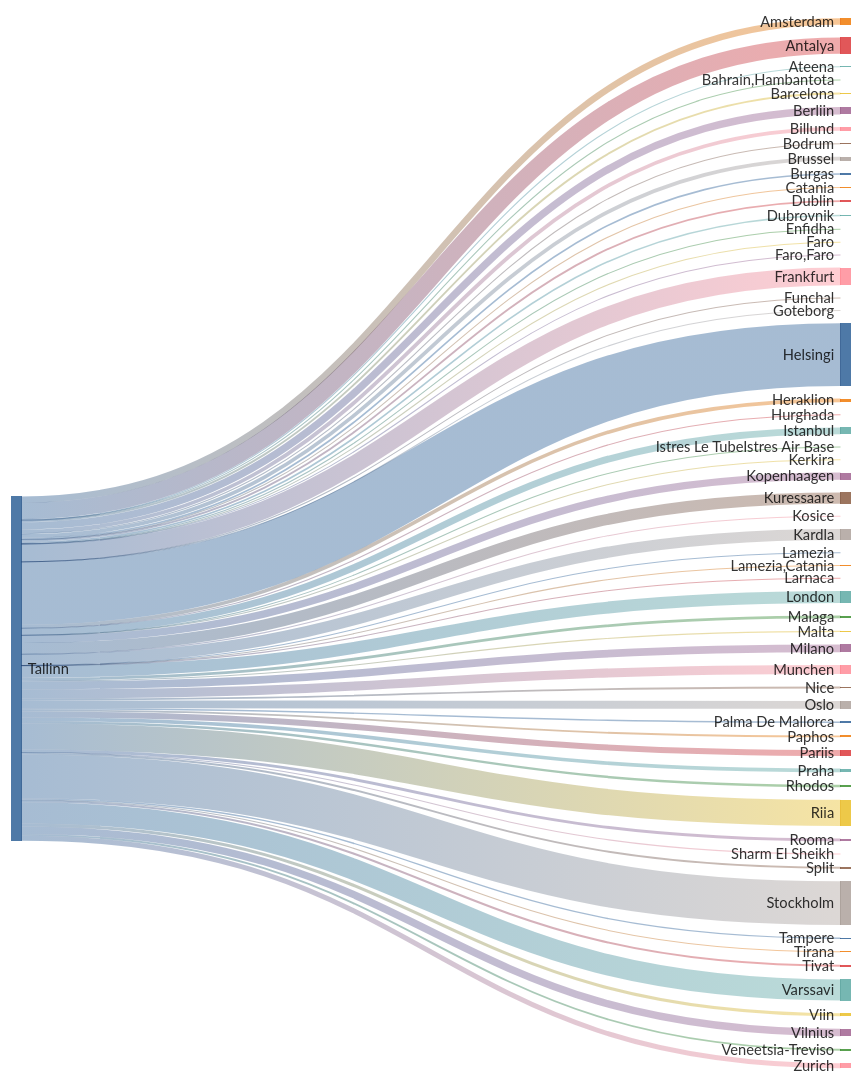
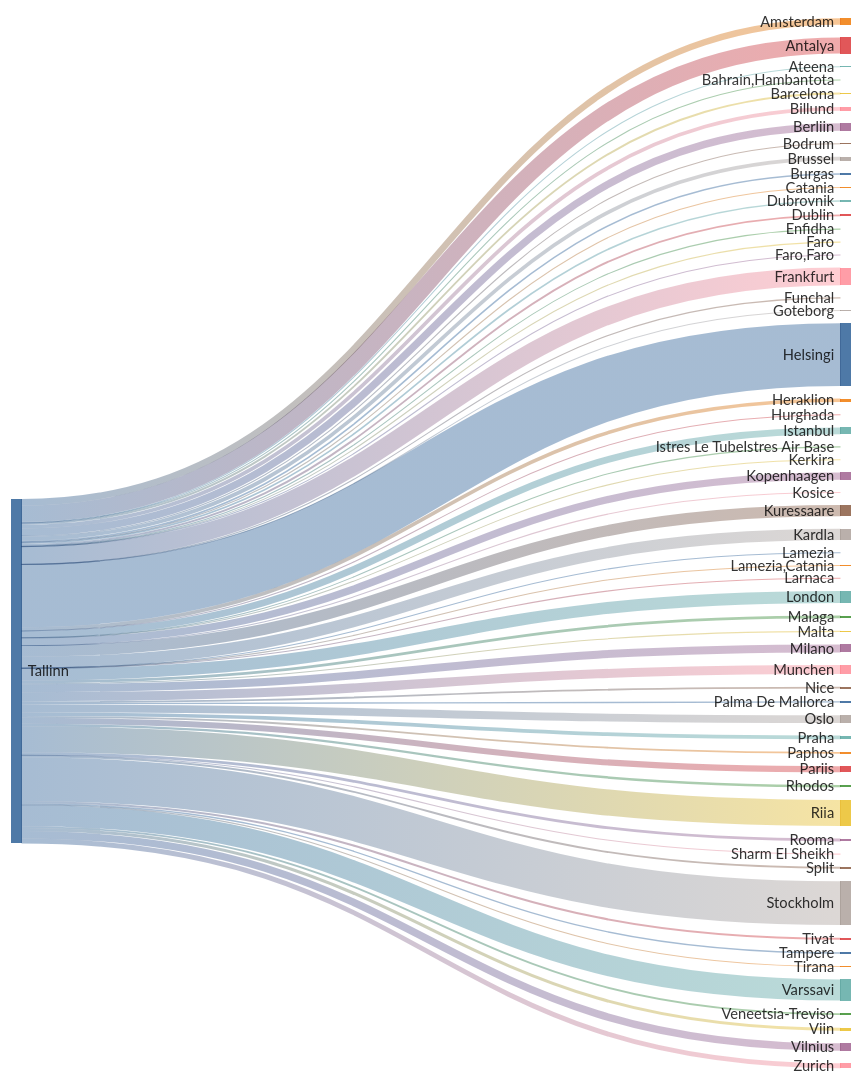
One commit to rainermesi/tll-airport-departures changed the second of 2 diagrams in README.md. Above: the diagram before and after it, drawn with Mermaid. The commit also changed other lines of this file, not shown here.

````diff
--- a/README.md
+++ b/README.md
@@ -34,70 +34,70 @@
 ```mermaid
 ---
 config:
   sankey:
     showValues: false
     width: 800
     height: 1000
 ---
 sankey-beta
 %% source,target,value
-Tallinn,Amsterdam,82
-Tallinn,Antalya,205
-Tallinn,Ateena,13
+Tallinn,Amsterdam,83
+Tallinn,Antalya,207
+Tallinn,Ateena,14
 Tallinn,"Bahrain,Hambantota",1
 Tallinn,Barcelona,24
-Tallinn,Berliin,93
+Tallinn,Berliin,95
 Tallinn,Billund,47
 Tallinn,Bodrum,11
-Tallinn,Brussel,47
+Tallinn,Brussel,48
 Tallinn,Burgas,21
 Tallinn,Catania,2
 Tallinn,Dublin,24
 Tallinn,Dubrovnik,21
 Tallinn,Enfidha,6
 Tallinn,Faro,4
 Tallinn,"Faro,Faro",1
-Tallinn,Frankfurt,223
+Tallinn,Frankfurt,226
 Tallinn,Funchal,1
 Tallinn,Goteborg,1
-Tallinn,Helsingi,792
-Tallinn,Heraklion,45
+Tallinn,Helsingi,802
+Tallinn,Heraklion,46
 Tallinn,Hurghada,1
-Tallinn,Istanbul,86
+Tallinn,Istanbul,87
 Tallinn,Istres Le TubeIstres Air Base,2
 Tallinn,Kerkira,4
-Tallinn,Kopenhaagen,93
+Tallinn,Kopenhaagen,94
 Tallinn,Kosice,1
-Tallinn,Kuressaare,141
-Tallinn,Kardla,141
+Tallinn,Kuressaare,143
+Tallinn,Kardla,143
 Tallinn,Lamezia,1
 Tallinn,"Lamezia,Catania",3
-Tallinn,Larnaca,2
-Tallinn,London,151
+Tallinn,Larnaca,3
+Tallinn,London,153
 Tallinn,Malaga,35
 Tallinn,Malta,12
-Tallinn,Milano,99
-Tallinn,Munchen,115
-Tallinn,Nice,23
-Tallinn,Oslo,99
+Tallinn,Milano,102
+Tallinn,Munchen,116
+Tallinn,Nice,24
+Tallinn,Oslo,100
 Tallinn,Palma De Mallorca,18
 Tallinn,Paphos,23
-Tallinn,Pariis,76
-Tallinn,Praha,46
+Tallinn,Pariis,77
+Tallinn,Praha,47
 Tallinn,Rhodos,31
-Tallinn,Riia,329
+Tallinn,Riia,333
 Tallinn,Rooma,36
 Tallinn,Sharm El Sheikh,3
 Tallinn,Split,24
-Tallinn,Stockholm,551
+Tallinn,Stockholm,560
 Tallinn,Tampere,17
 Tallinn,Tirana,8
 Tallinn,Tivat,26
-Tallinn,Varssavi,267
+Tallinn,Varssavi,270
 Tallinn,Veneetsia-Treviso,24
 Tallinn,Viin,39
-Tallinn,Vilnius,93
+Tallinn,Vilnius,95
 Tallinn,Zurich,63
 
 
 ```
````
